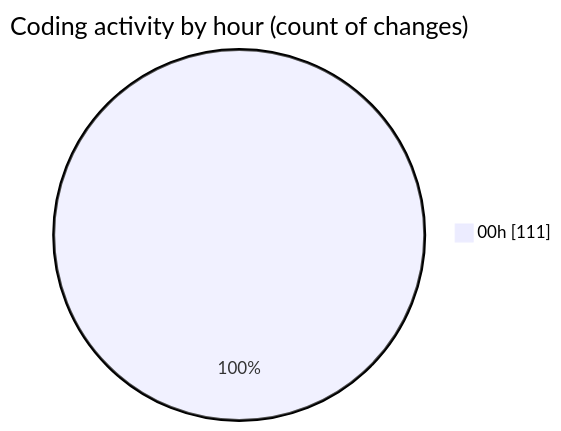
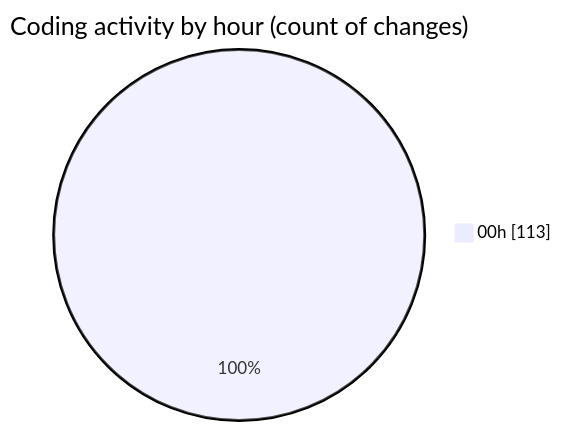
Before and after one commit to lephambinh05/code-tracking: the second of 2 diagrams in 2025-08-06/napxuvn/README.md, drawn with Mermaid. The commit also changed other lines of this file and 1 other file, not shown here.

````diff
--- a/2025-08-06/napxuvn/README.md
+++ b/2025-08-06/napxuvn/README.md
@@ -94,5 +95,5 @@
 ```mermaid
 pie showData
 title Coding activity by hour (count of changes)
-"00h" : 111
+"00h" : 113
 ```
````
